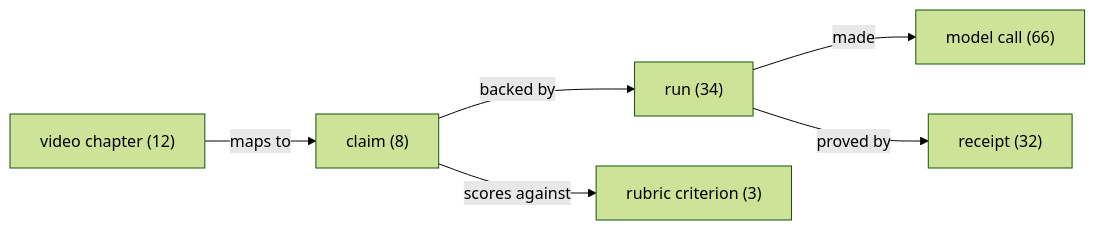
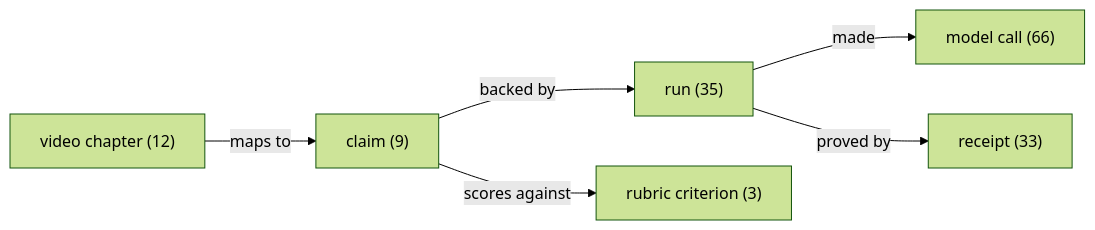
The diagram in JUDGING.md (AUsernameForYou/agenthand-rust), drawn with Mermaid (forest theme) before and after one commit. The commit also changed other lines of this file and 5 other files, not shown here.

````diff
--- a/JUDGING.md
+++ b/JUDGING.md
@@ -6,8 +6,8 @@
 ```mermaid
 graph LR
-  claim["claim (8)"] -->|backed by| run["run (34)"]
+  claim["claim (9)"] -->|backed by| run["run (35)"]
   run -->|made| call["model call (66)"]
-  run -->|proved by| receipt["receipt (32)"]
+  run -->|proved by| receipt["receipt (33)"]
   chapter["video chapter (12)"] -->|maps to| claim
   claim -->|scores against| criterion["rubric criterion (3)"]
 ```
````
